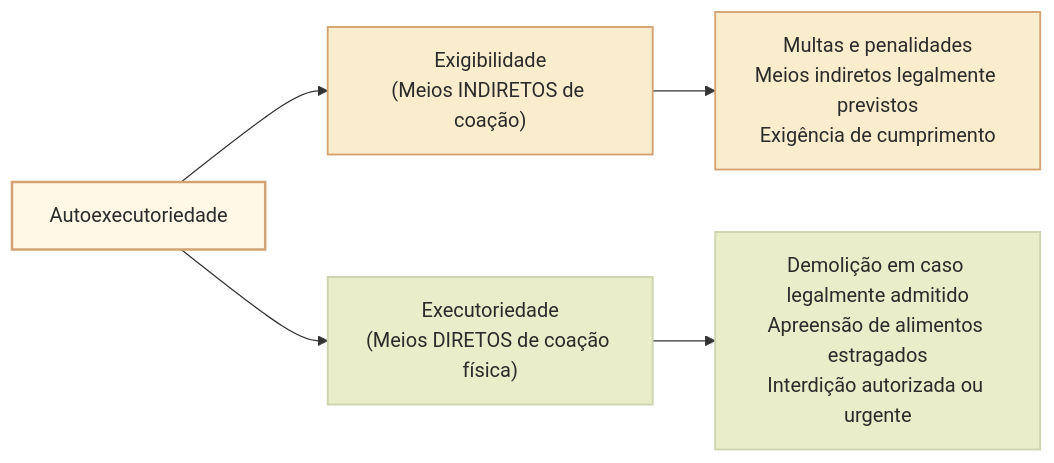
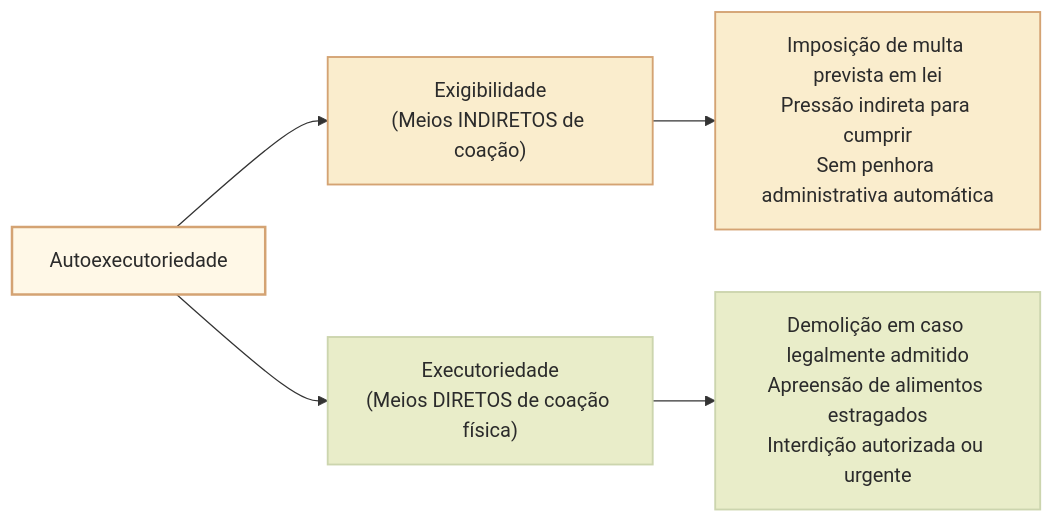
Before and after one commit to leorruas/concursos: the second of 2 diagrams in 3 - Materias/Direito Administrativo/15 - atributos do ato administrativo presuncao imperatividade autoexecutoriedade e tipicidade.md, drawn with Mermaid. The commit also changed other lines of this file, not shown here.

````diff
--- a/3 - Materias/Direito Administrativo/15 - atributos do ato administrativo presuncao imperatividade autoexecutoriedade e tipicidade.md
+++ b/3 - Materias/Direito Administrativo/15 - atributos do ato administrativo presuncao imperatividade autoexecutoriedade e tipicidade.md
@@ -56,14 +56,14 @@
 ```mermaid
 flowchart LR
     classDef raiz fill:#fff8e7,stroke:#d4a373,stroke-width:2px,color:#2b2b2b;
     classDef indireto fill:#faedcd,stroke:#d4a373,stroke-width:1.5px,color:#2b2b2b;
     classDef direto fill:#e9edc9,stroke:#ccd5ae,stroke-width:1.5px,color:#2b2b2b;
 
     A["Autoexecutoriedade"]:::raiz
     
     A --> B["Exigibilidade<br/>(Meios INDIRETOS de coação)"]:::indireto
     A --> C["Executoriedade<br/>(Meios DIRETOS de coação física)"]:::direto
 
-    B --> D["Multas e penalidades<br/>Meios indiretos legalmente previstos<br/>Exigência de cumprimento"]:::indireto
+    B --> D["Imposição de multa prevista em lei<br/>Pressão indireta para cumprir<br/>Sem penhora administrativa automática"]:::indireto
     C --> E["Demolição em caso legalmente admitido<br/>Apreensão de alimentos estragados<br/>Interdição autorizada ou urgente"]:::direto
 ```
````
